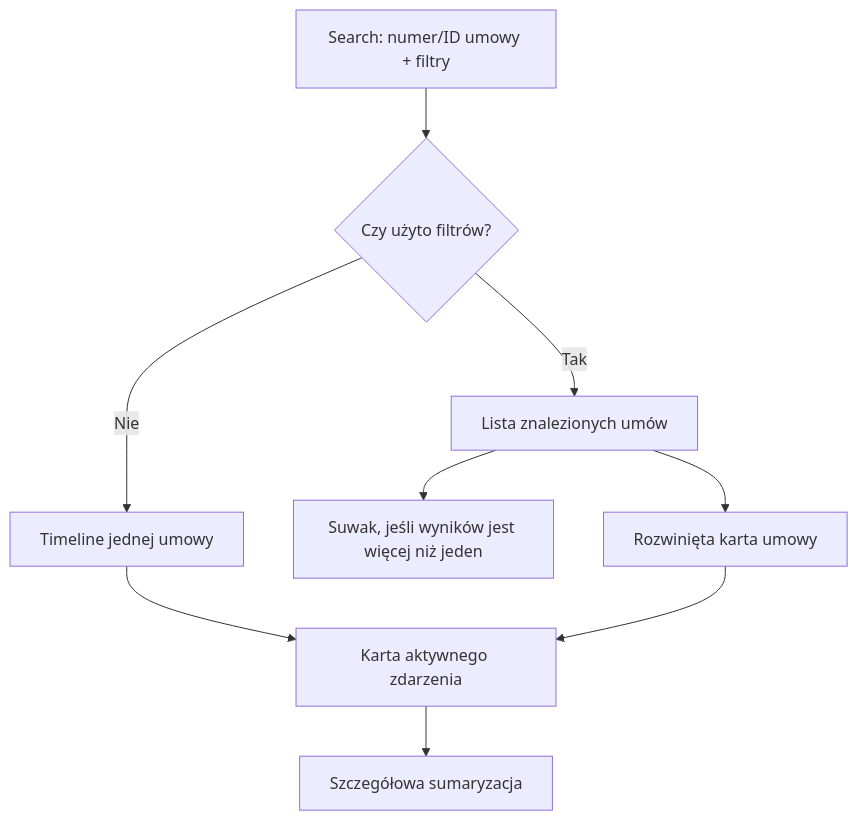
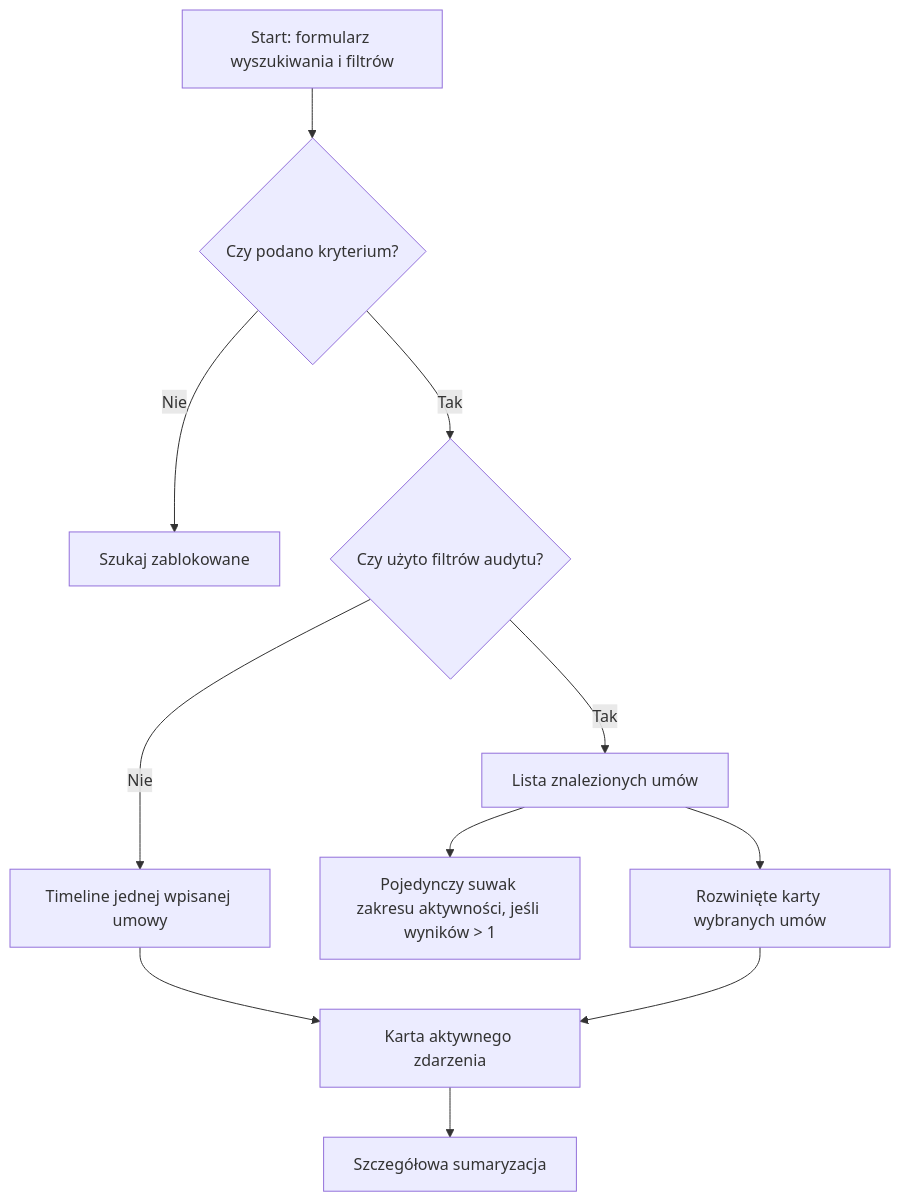
One commit to michmakow/publink-senior-product-engineer-task changed the first of 2 diagrams in docs/08-ui-concept.md. Above: the diagram before and after it, drawn with Mermaid. The commit also changed other lines of this file and 12 other files, not shown here.

````diff
--- a/docs/08-ui-concept.md
+++ b/docs/08-ui-concept.md
@@ -17,11 +17,13 @@
 ```mermaid
 flowchart TD
-    A[Search: numer/ID umowy + filtry] --> B{Czy użyto filtrów?}
-    B -->|Nie| C[Timeline jednej umowy]
-    B -->|Tak| D[Lista znalezionych umów]
-    D --> E[Suwak, jeśli wyników jest więcej niż jeden]
-    D --> F[Rozwinięta karta umowy]
-    C --> G[Karta aktywnego zdarzenia]
-    F --> G
-    G --> H[Szczegółowa sumaryzacja]
+    A[Start: formularz wyszukiwania i filtrów] --> B{Czy podano kryterium?}
+    B -->|Nie| C[Szukaj zablokowane]
+    B -->|Tak| D{Czy użyto filtrów audytu?}
+    D -->|Nie| E[Timeline jednej wpisanej umowy]
+    D -->|Tak| F[Lista znalezionych umów]
+    F --> G[Pojedynczy suwak zakresu aktywności, jeśli wyników > 1]
+    F --> H[Rozwinięte karty wybranych umów]
+    E --> I[Karta aktywnego zdarzenia]
+    H --> I
+    I --> J[Szczegółowa sumaryzacja]
 ```
````
